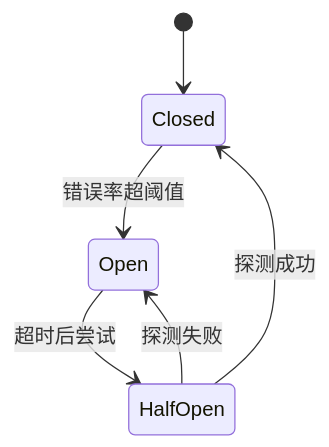
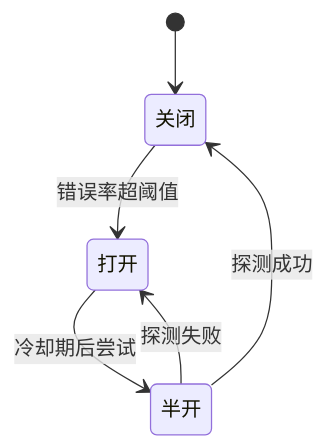
One commit to wb04307201/wb04307201 changed the first of 3 diagrams in note/14.story/04-peak-traffic-defense.md. Above: the diagram before and after it, drawn with Mermaid. The commit also changed other lines of this file and 28 other files, not shown here.

````diff
--- a/note/14.story/04-peak-traffic-defense.md
+++ b/note/14.story/04-peak-traffic-defense.md
@@ -87,8 +91,8 @@
 ```mermaid
 stateDiagram-v2
-    [*] --> Closed
-    Closed --> Open : 错误率超阈值
-    Open --> HalfOpen : 超时后尝试
-    HalfOpen --> Closed : 探测成功
-    HalfOpen --> Open : 探测失败
+    [*] --> 关闭
+    关闭 --> 打开 : 错误率超阈值
+    打开 --> 半开 : 冷却期后尝试
+    半开 --> 关闭 : 探测成功
+    半开 --> 打开 : 探测失败
 ```
````
